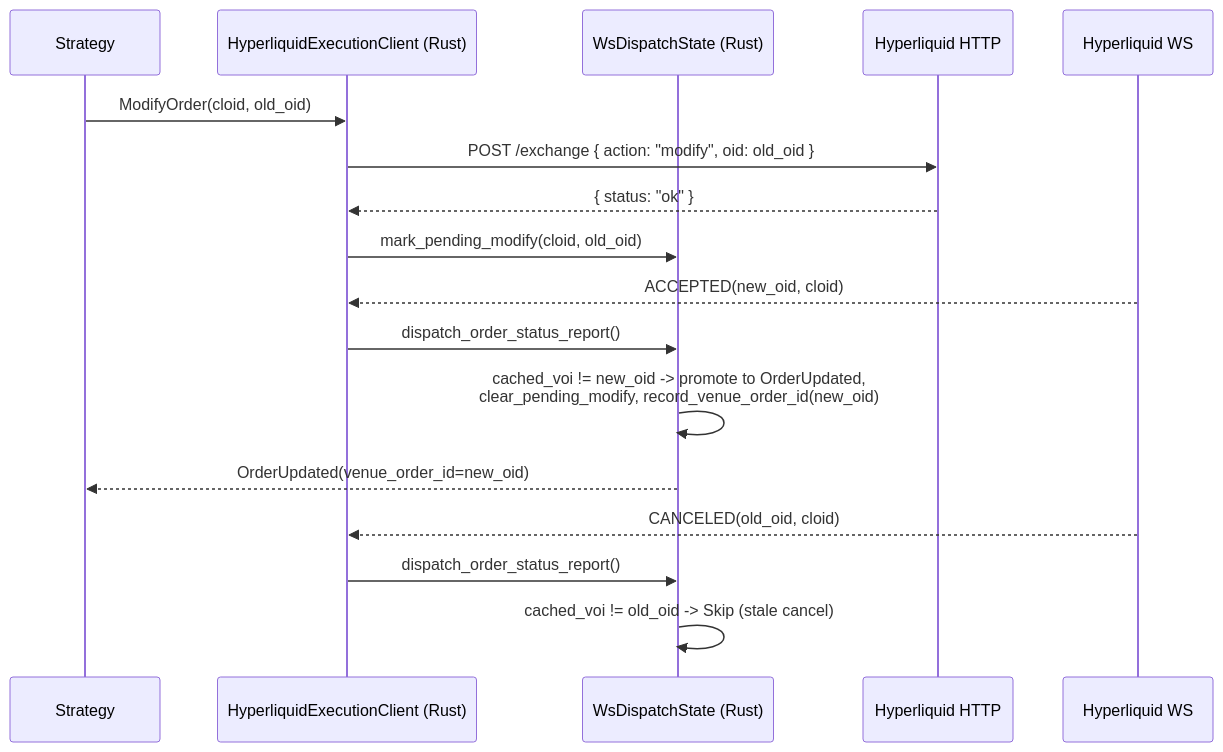
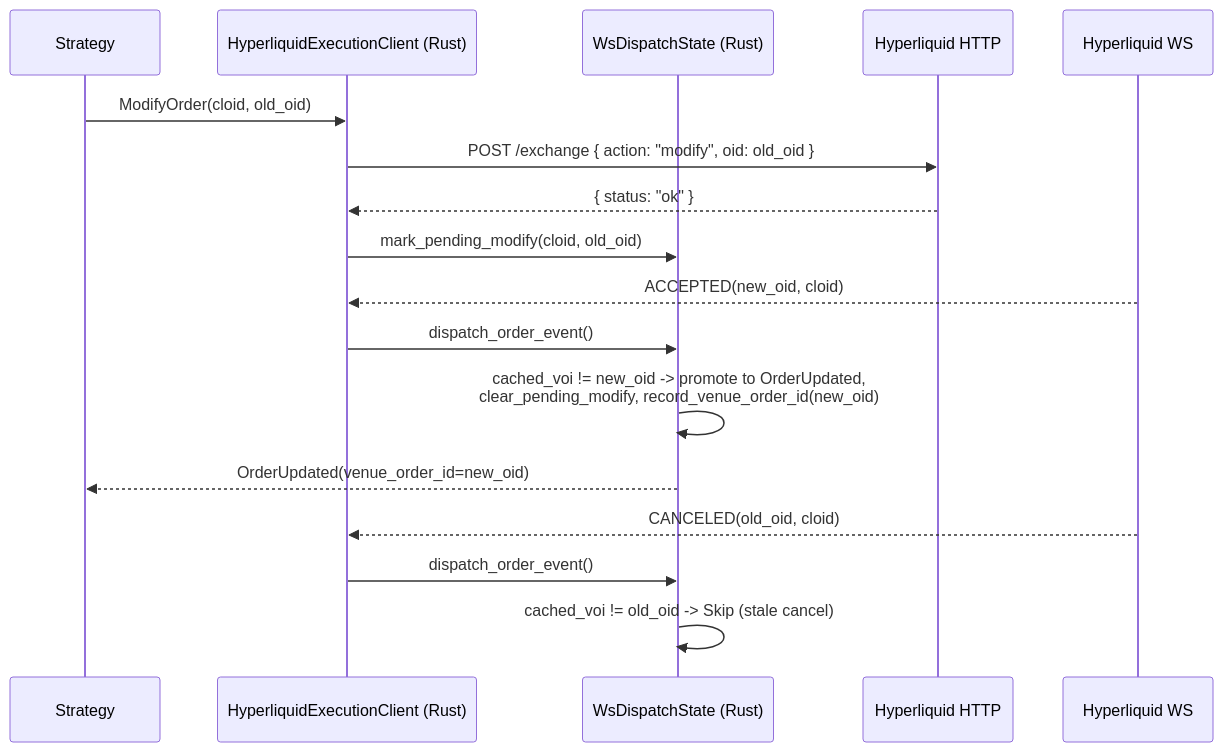
The diagram in docs/integrations/hyperliquid.md (nautechsystems/nautilus_trader), drawn with Mermaid before and after one commit. The commit also changed 7 other files, not shown here.

````diff
--- a/docs/integrations/hyperliquid.md
+++ b/docs/integrations/hyperliquid.md
@@ -731,20 +731,20 @@
 ```mermaid
 sequenceDiagram
     participant Strategy
     participant ExecClient as HyperliquidExecutionClient (Rust)
     participant Dispatch as WsDispatchState (Rust)
     participant HTTP as Hyperliquid HTTP
     participant WS as Hyperliquid WS
 
     Strategy->>ExecClient: ModifyOrder(cloid, old_oid)
     ExecClient->>HTTP: POST /exchange { action: "modify", oid: old_oid }
     HTTP-->>ExecClient: { status: "ok" }
     ExecClient->>Dispatch: mark_pending_modify(cloid, old_oid)
     WS-->>ExecClient: ACCEPTED(new_oid, cloid)
-    ExecClient->>Dispatch: dispatch_order_status_report()
+    ExecClient->>Dispatch: dispatch_order_event()
     Dispatch->>Dispatch: cached_voi != new_oid -> promote to OrderUpdated,<br/>clear_pending_modify, record_venue_order_id(new_oid)
     Dispatch-->>Strategy: OrderUpdated(venue_order_id=new_oid)
     WS-->>ExecClient: CANCELED(old_oid, cloid)
-    ExecClient->>Dispatch: dispatch_order_status_report()
+    ExecClient->>Dispatch: dispatch_order_event()
     Dispatch->>Dispatch: cached_voi != old_oid -> Skip (stale cancel)
 ```
````
